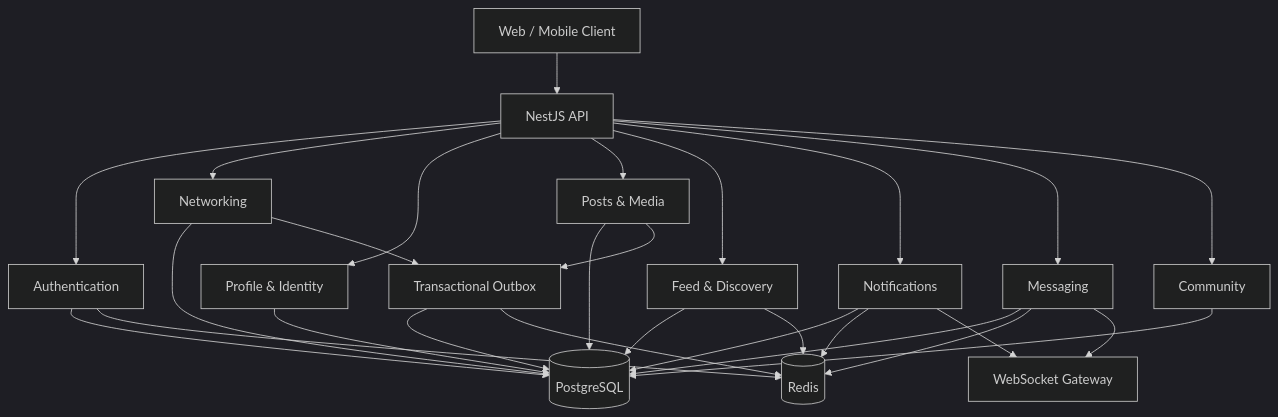
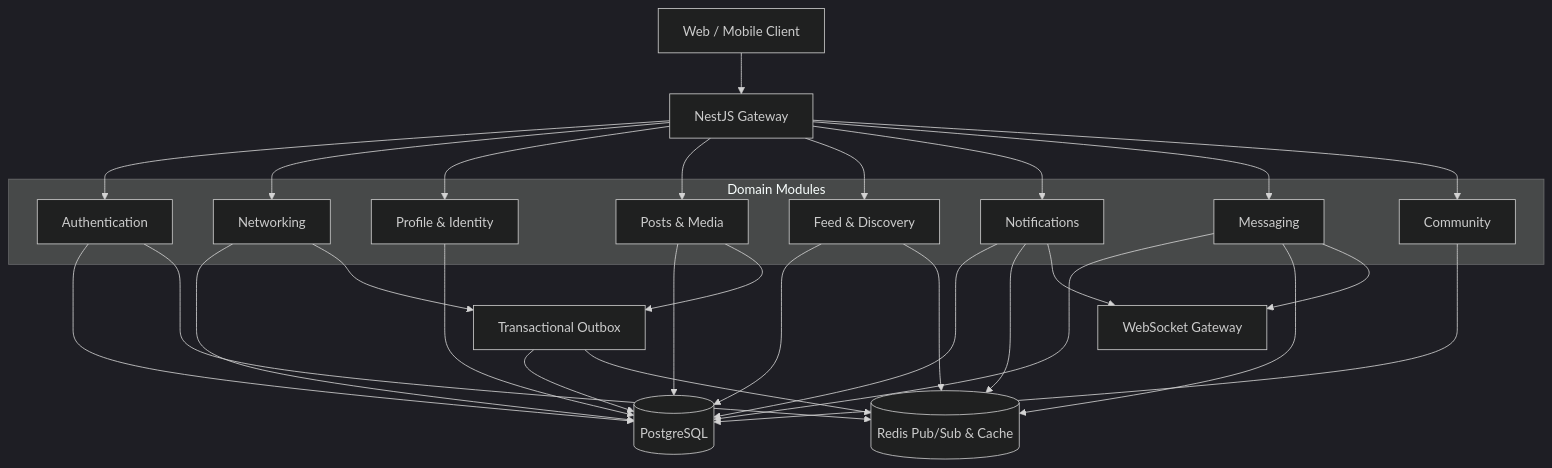
Before and after one commit to Dhanas3kar/Hakiku: the second of 3 diagrams in README.md, drawn with Mermaid (dark theme). The commit also changed other lines of this file, not shown here.

````diff
--- a/README.md
+++ b/README.md
@@ -213,53 +92,35 @@
 ```mermaid
 flowchart TB
     CLIENT["Web / Mobile Client"]
 
-    API["NestJS API"]
+    API["NestJS Gateway"]
 
-    AUTH["Authentication"]
-    NETWORK["Networking"]
-    PROFILE["Profile & Identity"]
-    POSTS["Posts & Media"]
-    FEED["Feed & Discovery"]
-    NOTIFY["Notifications"]
-    MESSAGE["Messaging"]
-    COMMUNITY["Community"]
+    subgraph Domain Modules
+        AUTH["Authentication"]
+        NETWORK["Networking"]
+        PROFILE["Profile & Identity"]
+        POSTS["Posts & Media"]
+        FEED["Feed & Discovery"]
+        NOTIFY["Notifications"]
+        MESSAGE["Messaging"]
+        COMMUNITY["Community"]
+    end
 
     DB[("PostgreSQL")]
-    REDIS[("Redis")]
+    REDIS[("Redis Pub/Sub & Cache")]
     WS["WebSocket Gateway"]
     OUTBOX["Transactional Outbox"]
 
     CLIENT --> API
 
-    API --> AUTH
-    API --> NETWORK
-    API --> PROFILE
-    API --> POSTS
-    API --> FEED
-    API --> NOTIFY
-    API --> MESSAGE
-    API --> COMMUNITY
+    API --> AUTH & NETWORK & PROFILE & POSTS & FEED & NOTIFY & MESSAGE & COMMUNITY
 
-    AUTH --> DB
-    NETWORK --> DB
-    PROFILE --> DB
-    POSTS --> DB
-    FEED --> DB
-    NOTIFY --> DB
-    MESSAGE --> DB
-    COMMUNITY --> DB
+    AUTH & NETWORK & PROFILE & POSTS & FEED & NOTIFY & MESSAGE & COMMUNITY --> DB
 
-    AUTH --> REDIS
-    FEED --> REDIS
-    NOTIFY --> REDIS
-    MESSAGE --> REDIS
+    AUTH & FEED & NOTIFY & MESSAGE --> REDIS
 
-    NETWORK --> OUTBOX
-    POSTS --> OUTBOX
-    OUTBOX --> DB
-    OUTBOX --> REDIS
+    NETWORK & POSTS --> OUTBOX
+    OUTBOX --> DB & REDIS
 
-    MESSAGE --> WS
-    NOTIFY --> WS
+    MESSAGE & NOTIFY --> WS
 ```
````
